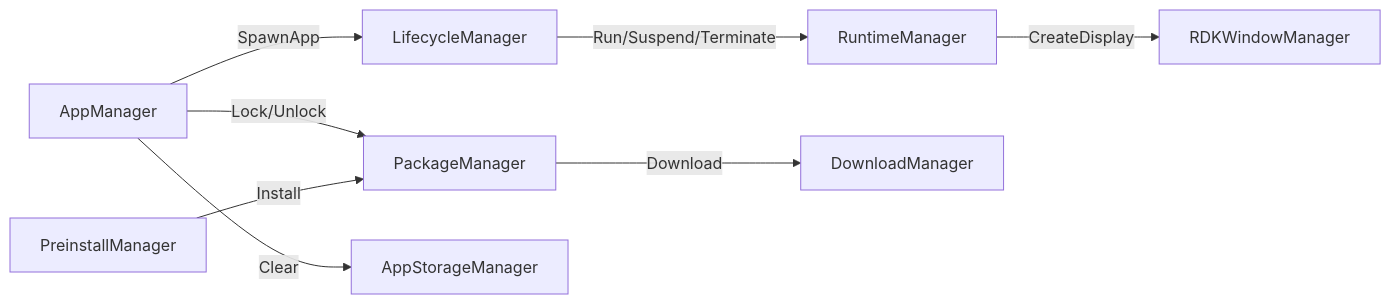
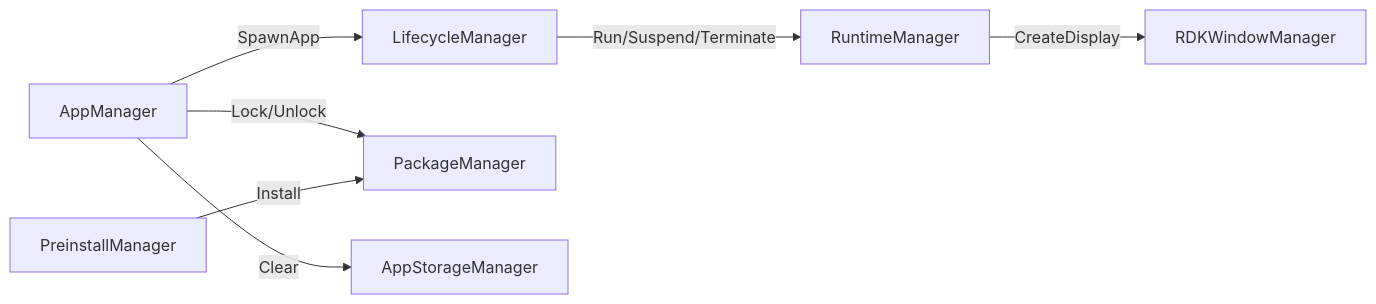
One commit to rdkcentral/entservices-appmanagers changed the second of 4 diagrams in README.md. Above: the diagram before and after it, drawn with Mermaid. The commit also changed other lines of this file and 7 other files, not shown here.

````diff
--- a/README.md
+++ b/README.md
@@ -65,10 +63,9 @@
 ```mermaid
 flowchart LR
     A[AppManager] -->|SpawnApp| B[LifecycleManager]
     A -->|Lock/Unlock| C[PackageManager]
     A -->|Clear| D[AppStorageManager]
     B -->|Run/Suspend/Terminate| E[RuntimeManager]
     E -->|CreateDisplay| F[RDKWindowManager]
-    C -->|Download| G[DownloadManager]
     H[PreinstallManager] -->|Install| C
 ```
````
